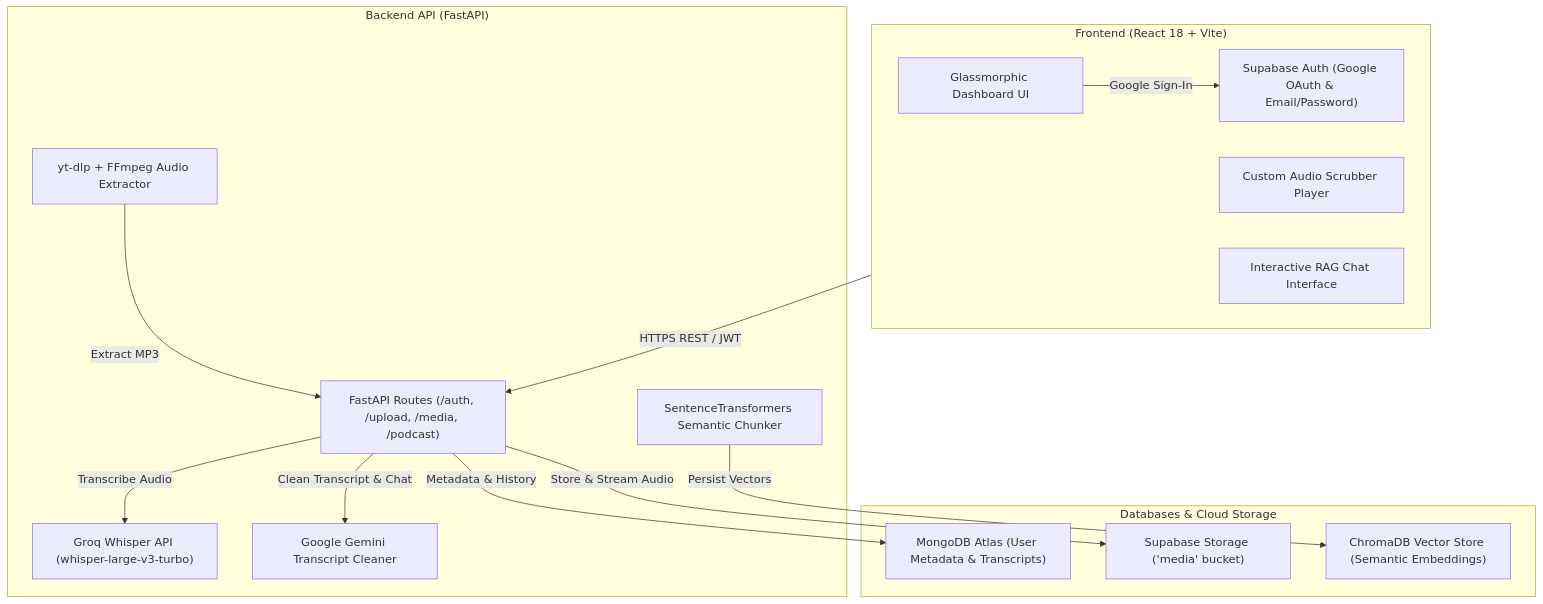
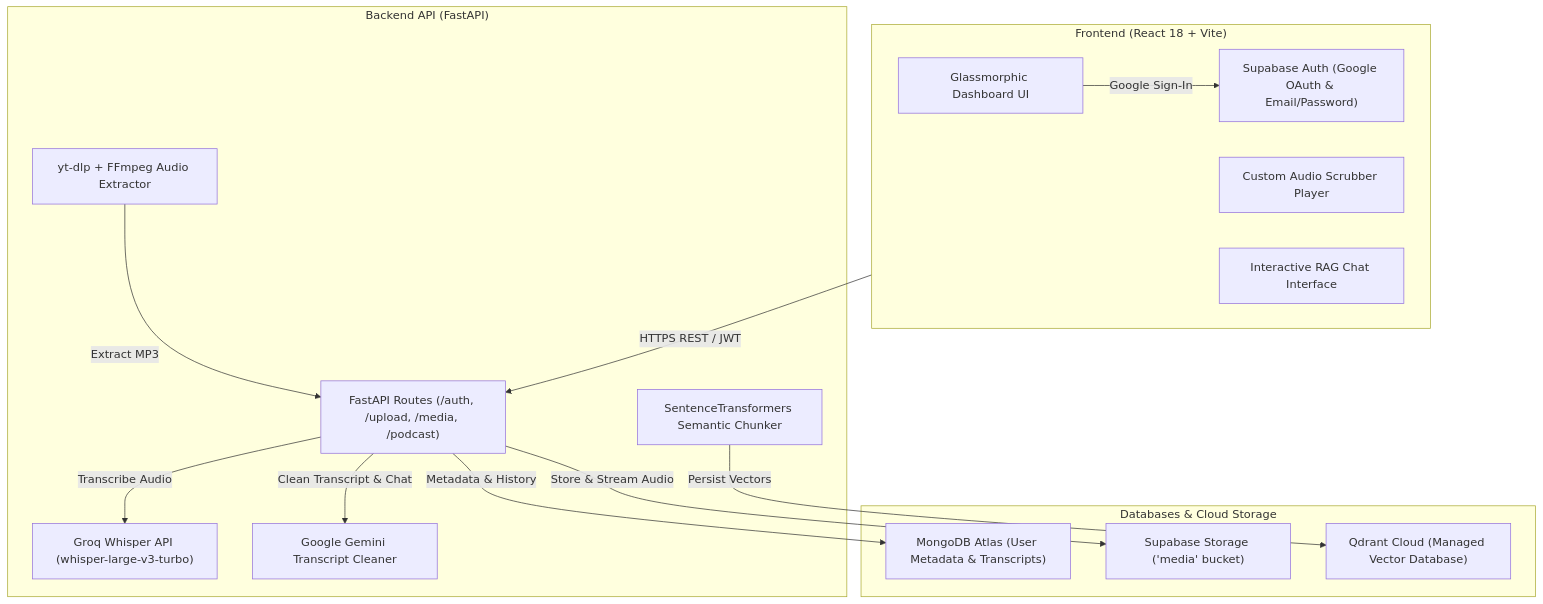
One commit to DishitaRawat/VoxVault changed the diagram in README.md. Above: the diagram before and after it, drawn with Mermaid. The commit also changed other lines of this file and 16 other files, not shown here.

Commit message:
Prepare project for deployment and migrate to Qdrant Cloud

````diff
--- a/README.md
+++ b/README.md
@@ -45,32 +45,32 @@
 ```mermaid
 flowchart TD
     subgraph Client ["Frontend (React 18 + Vite)"]
         UI["Glassmorphic Dashboard UI"]
         AuthFront["Supabase Auth (Google OAuth & Email/Password)"]
         Player["Custom Audio Scrubber Player"]
         ChatUI["Interactive RAG Chat Interface"]
     end
 
     subgraph Backend ["Backend API (FastAPI)"]
         API["FastAPI Routes (/auth, /upload, /media, /podcast)"]
         YTDLP["yt-dlp + FFmpeg Audio Extractor"]
         Whisper["Groq Whisper API (whisper-large-v3-turbo)"]
         GeminiCleaner["Google Gemini Transcript Cleaner"]
         Chunker["SentenceTransformers Semantic Chunker"]
     end
 
     subgraph Storage ["Databases & Cloud Storage"]
         Mongo["MongoDB Atlas (User Metadata & Transcripts)"]
         SupaStore["Supabase Storage ('media' bucket)"]
-        Chroma["ChromaDB Vector Store (Semantic Embeddings)"]
+        Qdrant["Qdrant Cloud (Managed Vector Database)"]
     end
 
     Client -->|HTTPS REST / JWT| API
     UI -->|Google Sign-In| AuthFront
     API -->|Metadata & History| Mongo
     API -->|Store & Stream Audio| SupaStore
     YTDLP -->|Extract MP3| API
     API -->|Transcribe Audio| Whisper
     API -->|Clean Transcript & Chat| GeminiCleaner
-    Chunker -->|Persist Vectors| Chroma
+    Chunker -->|Persist Vectors| Qdrant
 ```
````
